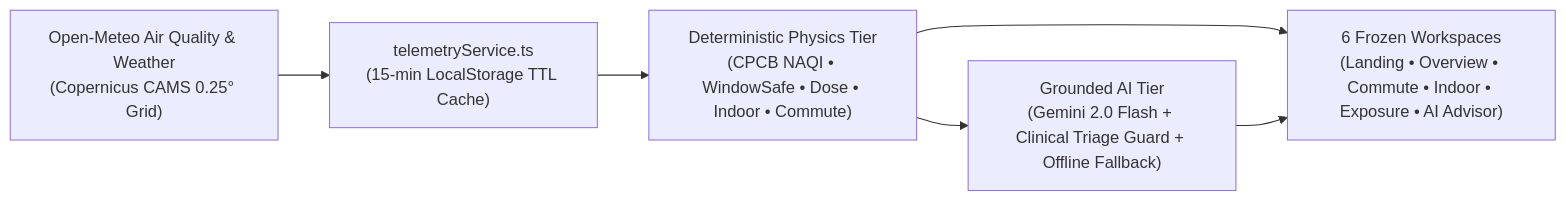
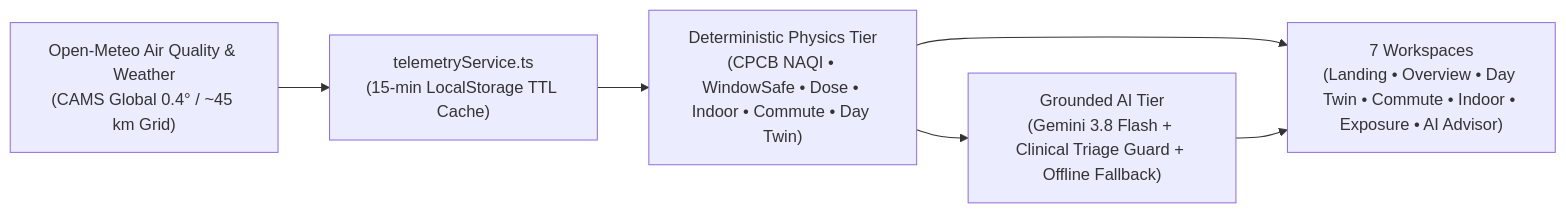
One commit to tejdeepreddy37/breathewise-ai changed the diagram in README.md. Above: the diagram before and after it, drawn with Mermaid. The commit also changed other lines of this file and 9 other files, not shown here.

Commit message:
fix(credibility): align CAMS Global 0.4 deg resolution, k≈0.004 decision-boundary honesty, robustness categories, and docs

````diff
--- a/README.md
+++ b/README.md
@@ -81,8 +81,8 @@
 ```mermaid
 flowchart LR
-    A["Open-Meteo Air Quality & Weather<br/>(Copernicus CAMS 0.25° Grid)"] --> B["telemetryService.ts<br/>(15-min LocalStorage TTL Cache)"]
-    B --> C["Deterministic Physics Tier<br/>(CPCB NAQI • WindowSafe • Dose • Indoor • Commute)"]
-    C --> D["6 Frozen Workspaces<br/>(Landing • Overview • Commute • Indoor • Exposure • AI Advisor)"]
-    C --> E["Grounded AI Tier<br/>(Gemini 2.0 Flash + Clinical Triage Guard + Offline Fallback)"]
+    A["Open-Meteo Air Quality & Weather<br/>(CAMS Global 0.4° / ~45 km Grid)"] --> B["telemetryService.ts<br/>(15-min LocalStorage TTL Cache)"]
+    B --> C["Deterministic Physics Tier<br/>(CPCB NAQI • WindowSafe • Dose • Indoor • Commute • Day Twin)"]
+    C --> D["7 Workspaces<br/>(Landing • Overview • Day Twin • Commute • Indoor • Exposure • AI Advisor)"]
+    C --> E["Grounded AI Tier<br/>(Gemini 3.8 Flash + Clinical Triage Guard + Offline Fallback)"]
     E --> D
 ```
````
